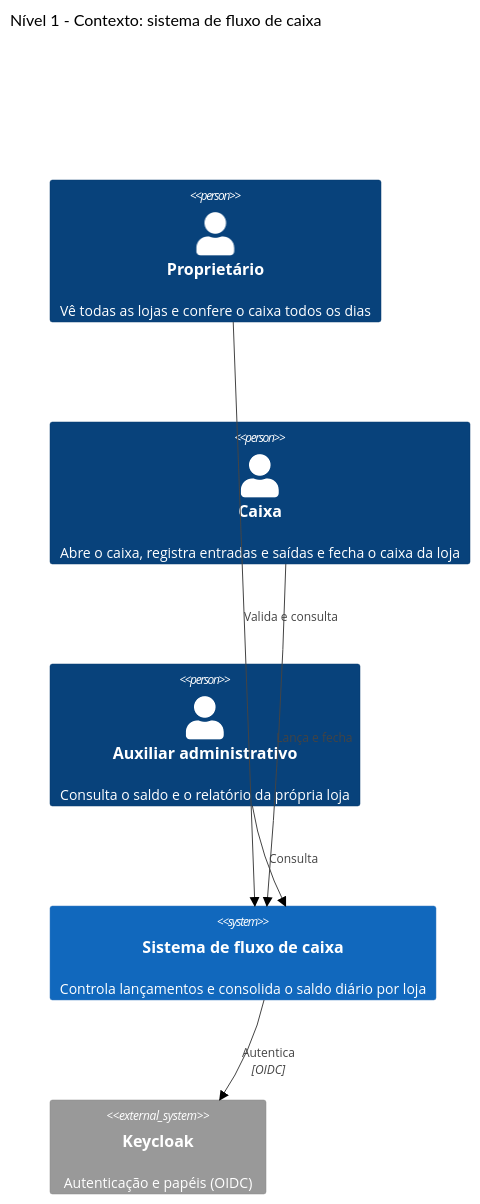
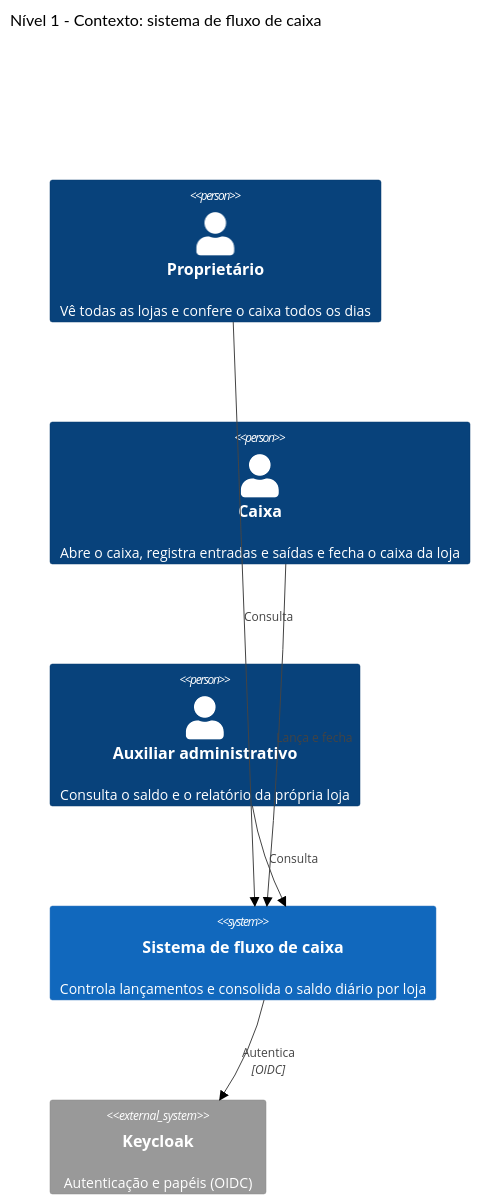
The first of 2 diagrams in docs/arquitetura.md (leandroguifer/challenge-cashflow), drawn with Mermaid (forest theme) before and after one commit. The commit also changed other lines of this file and 3 other files, not shown here.

````diff
--- a/docs/arquitetura.md
+++ b/docs/arquitetura.md
@@ -123,14 +121,14 @@
 ```mermaid
 C4Context
 title Nível 1 - Contexto: sistema de fluxo de caixa
 Person(proprietario, "Proprietário", "Vê todas as lojas e confere o caixa todos os dias")
 Person(caixa, "Caixa", "Abre o caixa, registra entradas e saídas e fecha o caixa da loja")
 Person(auxiliar, "Auxiliar administrativo", "Consulta o saldo e o relatório da própria loja")
 System(fluxo, "Sistema de fluxo de caixa", "Controla lançamentos e consolida o saldo diário por loja")
 System_Ext(keycloak, "Keycloak", "Autenticação e papéis (OIDC)")
-Rel(proprietario, fluxo, "Valida e consulta")
+Rel(proprietario, fluxo, "Consulta")
 Rel(caixa, fluxo, "Lança e fecha")
 Rel(auxiliar, fluxo, "Consulta")
 Rel(fluxo, keycloak, "Autentica", "OIDC")
 UpdateLayoutConfig($c4ShapeInRow="3", $c4BoundaryInRow="1")
 ```
````
